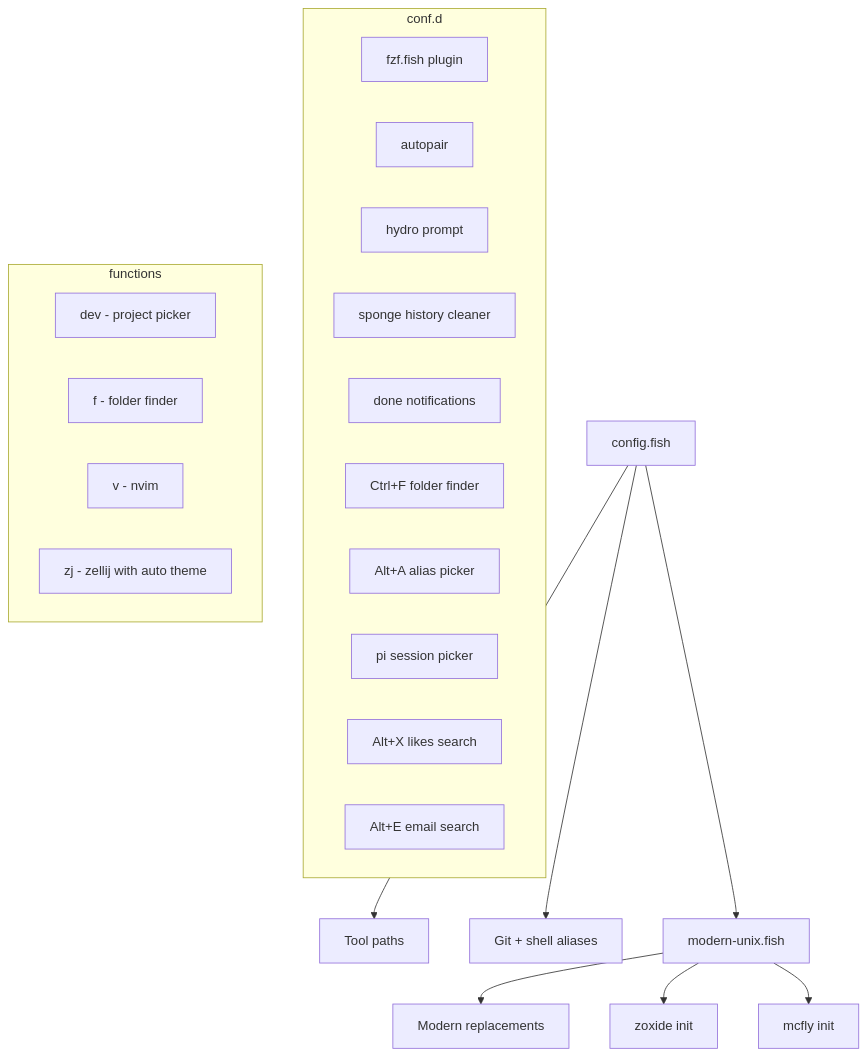
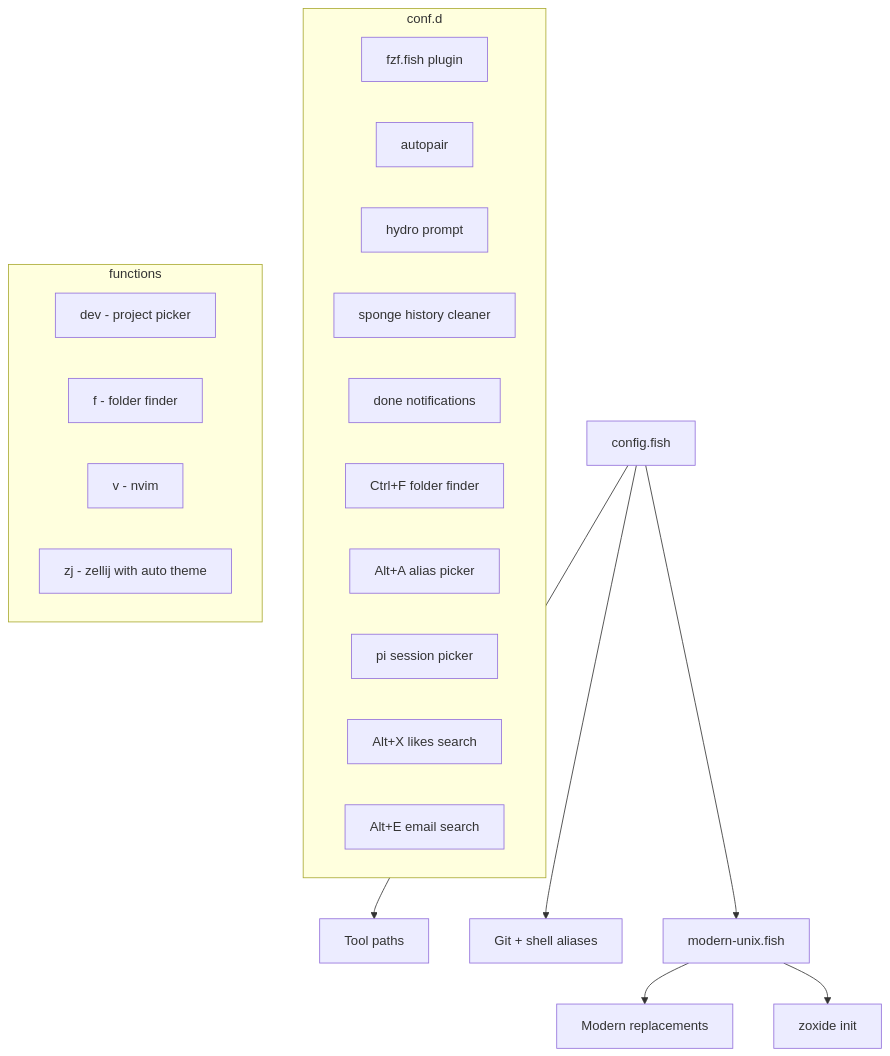
One commit to sasha-computer/fish-config changed the diagram in README.md. Above: the diagram before and after it, drawn with Mermaid. The commit also changed other lines of this file and 13 other files, not shown here.

````diff
--- a/README.md
+++ b/README.md
@@ -7,30 +7,29 @@
 ```mermaid
 graph TD
   config[config.fish] --> paths[Tool paths]
   config --> aliases[Git + shell aliases]
   config --> modern[modern-unix.fish]
 
   modern --> replacements[Modern replacements]
   modern --> zoxide[zoxide init]
-  modern --> mcfly[mcfly init]
 
   subgraph conf.d
     fzf_conf[fzf.fish plugin]
     autopair[autopair]
     hydro[hydro prompt]
     sponge[sponge history cleaner]
     done[done notifications]
     bindings[Ctrl+F folder finder]
     alias_picker[Alt+A alias picker]
     pi_sessions[pi session picker]
     likes[Alt+X likes search]
     email[Alt+E email search]
   end
 
   subgraph functions
     dev[dev - project picker]
     f[f - folder finder]
     v[v - nvim]
     zj[zj - zellij with auto theme]
   end
 ```
````
